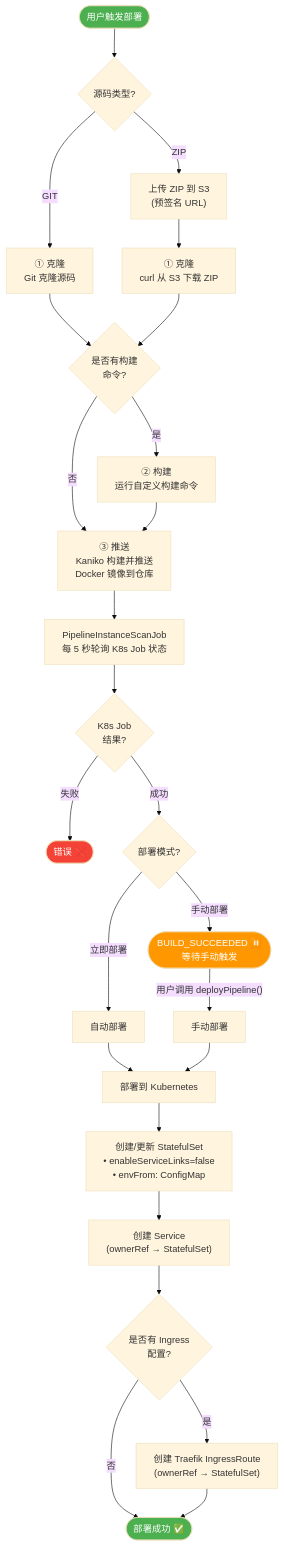
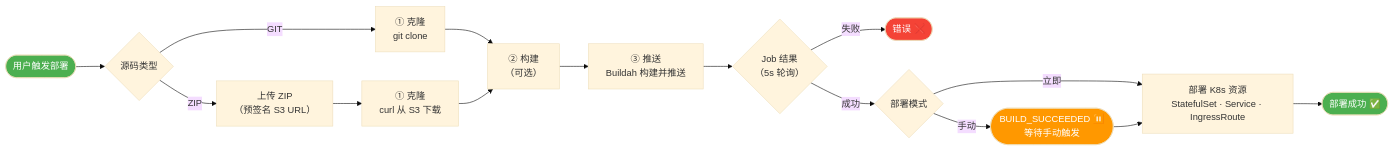
The first of 2 diagrams in docs/README.zh.md (wellCh4n/oops), drawn with Mermaid (base theme) before and after one commit. The commit also changed other lines of this file and 2 other files, not shown here.

Commit message:
docs: refresh CLAUDE.md for DDD layout and compact README diagrams

````diff
--- a/docs/README.zh.md
+++ b/docs/README.zh.md
@@ -121,42 +121,22 @@
 ```mermaid
-flowchart TD
-    Start([用户触发部署]) --> SourceType{源码类型?}
-
-    SourceType -->|GIT| GitClone["① 克隆\nGit 克隆源码"]
-    SourceType -->|ZIP| Upload["上传 ZIP 到 S3\n(预签名 URL)"]
-    Upload --> ZipDownload["① 克隆\ncurl 从 S3 下载 ZIP"]
-
-    GitClone --> BuildStep{是否有构建\n命令?}
-    ZipDownload --> BuildStep
-
-    BuildStep -->|是| Build["② 构建\n运行自定义构建命令"]
-    BuildStep -->|否| Push
-
-    Build --> Push["③ 推送\nKaniko 构建并推送\nDocker 镜像到仓库"]
-
-    Push --> ScanJob["PipelineInstanceScanJob\n每 5 秒轮询 K8s Job 状态"]
-
-    ScanJob --> JobResult{K8s Job\n结果?}
-
-    JobResult -->|失败| Error([错误 ❌])
-    JobResult -->|成功| DeployMode{部署模式?}
-
-    DeployMode -->|立即部署| DeployAuto["自动部署"]
-    DeployMode -->|手动部署| WaitManual([BUILD_SUCCEEDED ⏸️\n等待手动触发])
-    WaitManual -->|"用户调用 deployPipeline()"| DeployManual["手动部署"]
-
-    DeployAuto --> Deploy
-    DeployManual --> Deploy
-
-    Deploy["部署到 Kubernetes"] --> CreateSS["创建/更新 StatefulSet\n• enableServiceLinks=false\n• envFrom: ConfigMap"]
-    CreateSS --> CreateSvc["创建 Service\n(ownerRef → StatefulSet)"]
-    CreateSvc --> HasIngress{是否有 Ingress\n配置?}
-    HasIngress -->|是| CreateIR["创建 Traefik IngressRoute\n(ownerRef → StatefulSet)"]
-    HasIngress -->|否| Success
-    CreateIR --> Success([部署成功 ✅])
+flowchart LR
+    Start([用户触发部署]) --> Src{源码类型}
+    Src -->|GIT| Clone["① 克隆<br/>git clone"]
+    Src -->|ZIP| Upload["上传 ZIP<br/>（预签名 S3 URL）"]
+    Upload --> CloneZ["① 克隆<br/>curl 从 S3 下载"]
+    Clone --> Build["② 构建<br/>（可选）"]
+    CloneZ --> Build
+    Build --> Push["③ 推送<br/>Buildah 构建并推送"]
+    Push --> Scan{"Job 结果<br/>（5s 轮询）"}
+    Scan -->|失败| Err([错误 ❌])
+    Scan -->|成功| Mode{部署模式}
+    Mode -->|手动| Wait([BUILD_SUCCEEDED ⏸️<br/>等待手动触发])
+    Mode -->|立即| Deploy["部署 K8s 资源<br/>StatefulSet · Service · IngressRoute"]
+    Wait --> Deploy
+    Deploy --> Ok([部署成功 ✅])
 
     style Start fill:#4CAF50,color:#fff
-    style Success fill:#4CAF50,color:#fff
-    style Error fill:#f44336,color:#fff
-    style WaitManual fill:#FF9800,color:#fff
+    style Ok fill:#4CAF50,color:#fff
+    style Err fill:#f44336,color:#fff
+    style Wait fill:#FF9800,color:#fff
 ```
````
